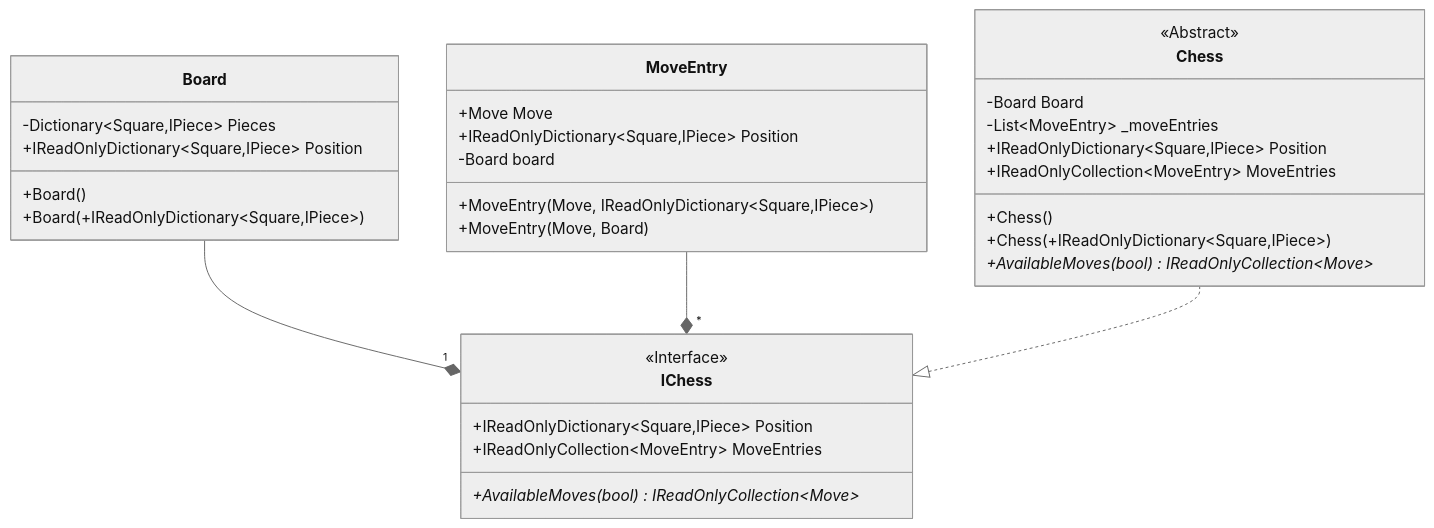
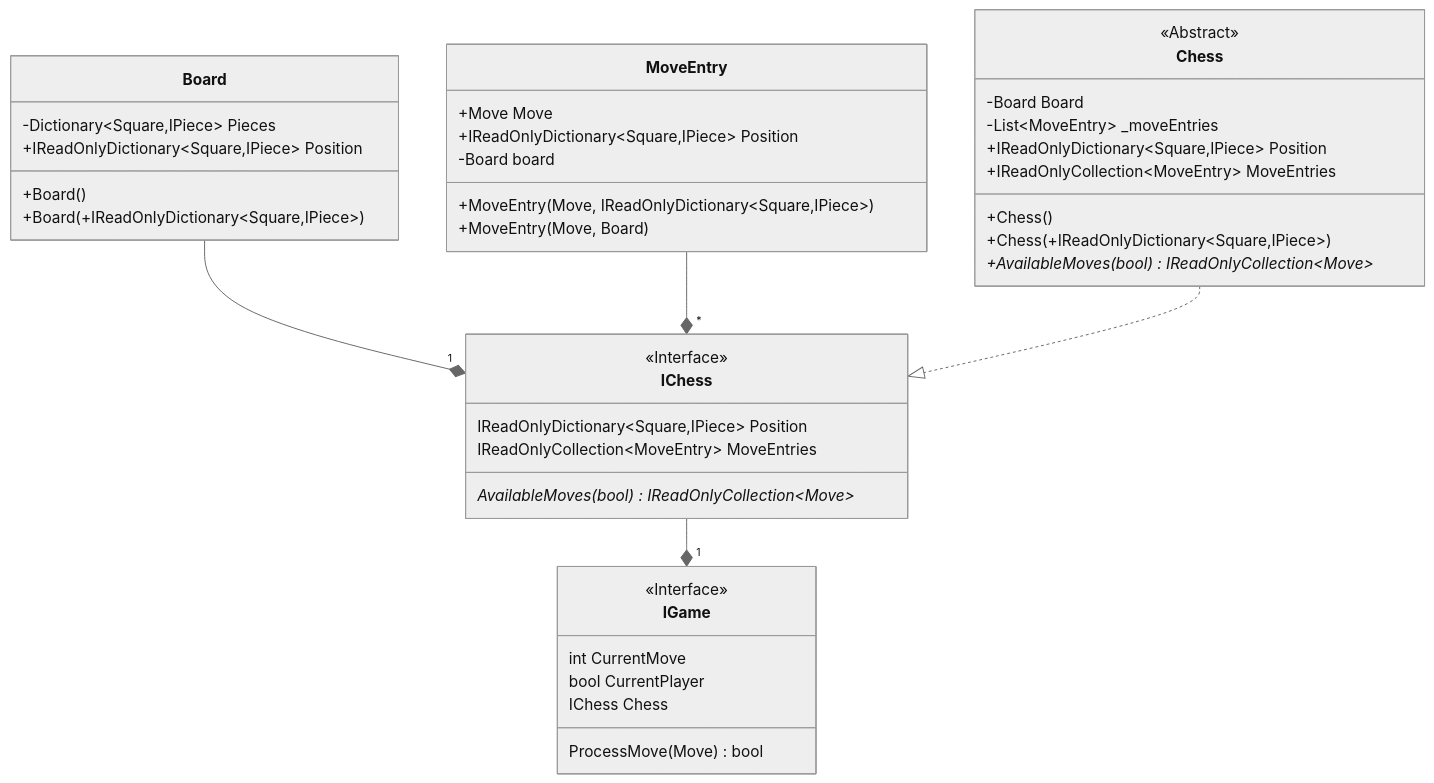
One commit to JeanLColombo/Mate changed the diagram in UML Diagram/Core/Game.md. Above: the diagram before and after it, drawn with Mermaid (neutral theme). The commit also changed 6 other files, not shown here.

Commit message:
Implemented IGame interface.

````diff
--- a/UML Diagram/Core/Game.md
+++ b/UML Diagram/Core/Game.md
@@ -1,35 +1,43 @@
 ```mermaid
     classDiagram
     class IChess{
         <<Interface>>
-        +IReadOnlyDictionary~Square,IPiece~ Position
-        +IReadOnlyCollection~MoveEntry~ MoveEntries
-        +AvailableMoves(bool)* IReadOnlyCollection~Move~
+        IReadOnlyDictionary~Square,IPiece~ Position
+        IReadOnlyCollection~MoveEntry~ MoveEntries
+        AvailableMoves(bool)* IReadOnlyCollection~Move~
+    }
+    class IGame{
+        <<Interface>>
+        int CurrentMove
+        bool CurrentPlayer
+        IChess Chess
+        ProcessMove(Move) bool
     }
     class Chess{
         <<Abstract>>
         -Board Board
         -List~MoveEntry~ _moveEntries
         +IReadOnlyDictionary~Square,IPiece~ Position
         +IReadOnlyCollection~MoveEntry~ MoveEntries
         +Chess()
         +Chess(+IReadOnlyDictionary~Square,IPiece~)
         +AvailableMoves(bool)* IReadOnlyCollection~Move~
     }
     class Board{
         -Dictionary~Square,IPiece~ Pieces
         +IReadOnlyDictionary~Square,IPiece~ Position 
         +Board()
         +Board(+IReadOnlyDictionary~Square,IPiece~)
     }
     class MoveEntry{
         +Move Move
         +IReadOnlyDictionary~Square,IPiece~ Position
         -Board board
         +MoveEntry(Move, IReadOnlyDictionary~Square,IPiece~)
         +MoveEntry(Move, Board)
     }
     Board --* "1" IChess
     MoveEntry --* "*" IChess
     Chess ..|> IChess
+    IChess --* "1" IGame
 ```
````
